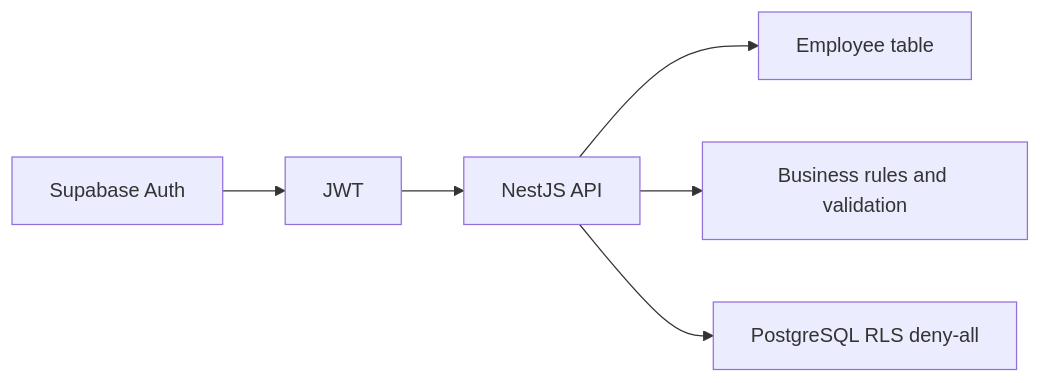
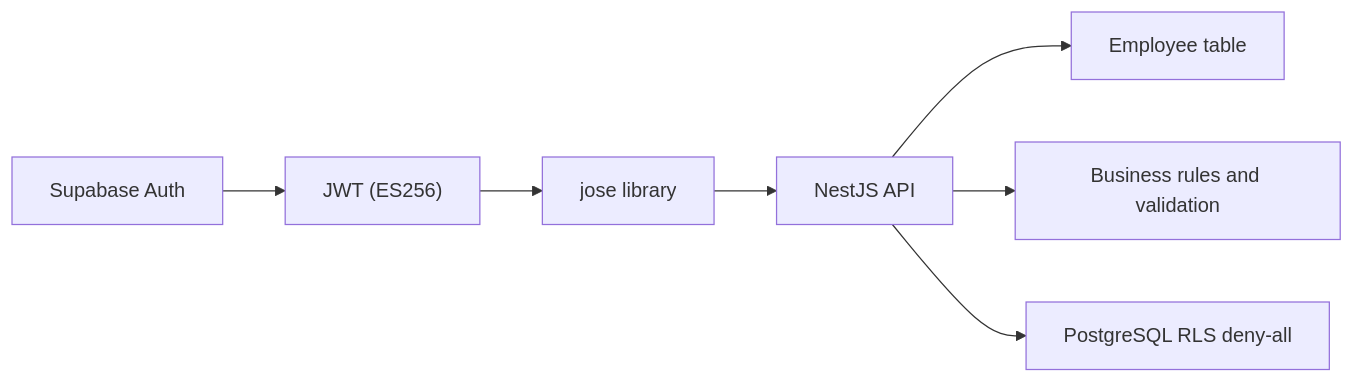
One commit to epo33m/scheduling changed the seventh of 7 diagrams in .qoder/repowiki/en/content/Technical Architecture/Security & Authentication.md. Above: the diagram before and after it, drawn with Mermaid. The commit also changed other lines of this file and 46 other files, not shown here.

````diff
--- a/.qoder/repowiki/en/content/Technical Architecture/Security & Authentication.md
+++ b/.qoder/repowiki/en/content/Technical Architecture/Security & Authentication.md
@@ -349,8 +407,9 @@
 ```mermaid
 graph LR
-SupabaseAuth["Supabase Auth"] --> JWT["JWT"]
-JWT --> NestJS["NestJS API"]
+SupabaseAuth["Supabase Auth"] --> JWT["JWT (ES256)"]
+JWT --> Jose["jose library"]
+Jose --> NestJS["NestJS API"]
 NestJS --> EmployeeTable["Employee table"]
 NestJS --> BusinessRules["Business rules and validation"]
 NestJS --> PostgresRLS["PostgreSQL RLS deny-all"]
 ```
````
